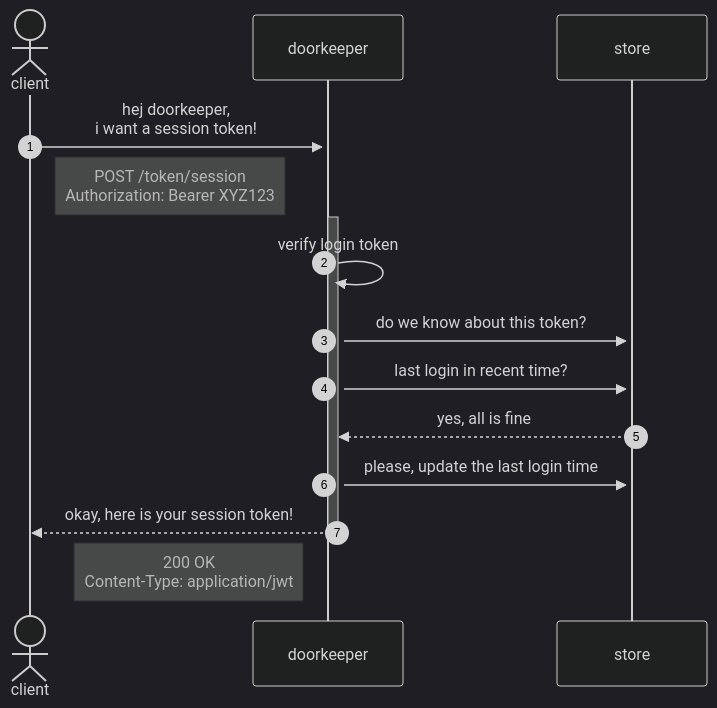
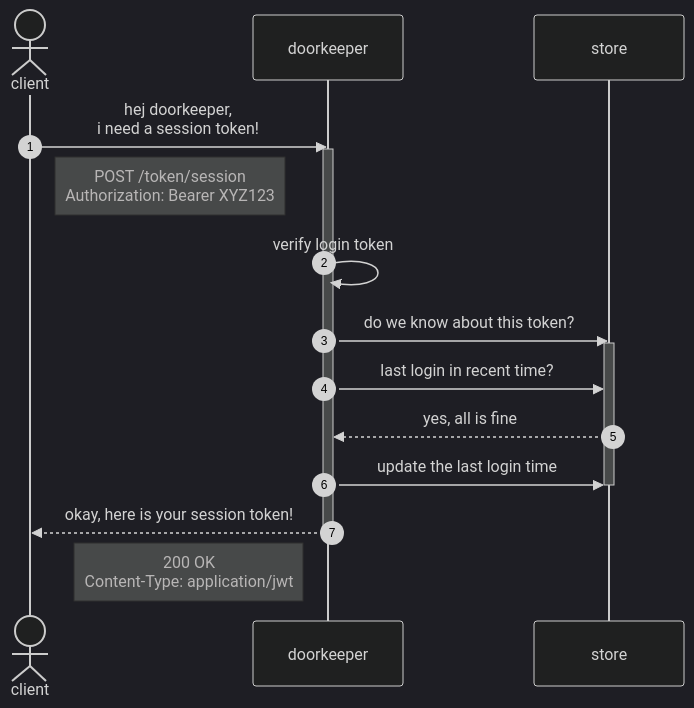
The diagram in docs/create-session-token.mmd (spearwolf/doorkeeper), drawn with Mermaid (dark theme) before and after one commit. The commit also changed 4 other files, not shown here.

First line of the commit message:
improve diagrams

```diff
--- a/docs/create-session-token.mmd
+++ b/docs/create-session-token.mmd
@@ -1,20 +1,22 @@
 sequenceDiagram
 
 autonumber
 
 actor client
 
-client->>+doorkeeper: hej doorkeeper,<br>i want a session token!
+client->>doorkeeper: hej doorkeeper,<br>i need a session token!
+activate doorkeeper
 Note right of client: POST /token/session<br>Authorization: Bearer XYZ123
-
-activate doorkeeper
 
 doorkeeper->>doorkeeper: verify login token
 
-doorkeeper->>+store: do we know about this token?
+doorkeeper->>store: do we know about this token?
+activate store
 doorkeeper->>store: last login in recent time?
 store-->>doorkeeper: yes, all is fine
-doorkeeper->>store: please, update the last login time
+doorkeeper->>store: update the last login time
+deactivate store
 
-doorkeeper-->>-client: okay, here is your session token!
+doorkeeper-->>client: okay, here is your session token!
+deactivate doorkeeper
 Note left of doorkeeper: 200 OK<br>Content-Type: application/jwt
```
